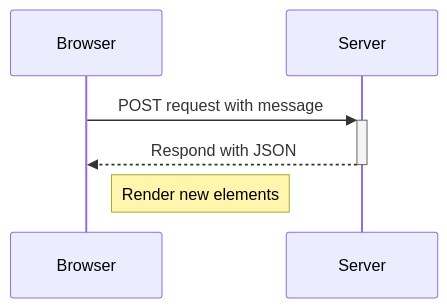
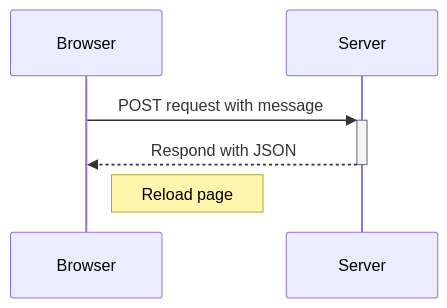
One commit to Atte-Oksanen/Full_stack_open changed the diagram in osa0/0.4.md. Above: the diagram before and after it, drawn with Mermaid. The commit also changed other lines of this file, not shown here.

````diff
--- a/osa0/0.4.md
+++ b/osa0/0.4.md
@@ -3,9 +3,9 @@
 ```mermaid
 sequenceDiagram
 participant Browser
 participant Server
     Browser->>+Server: POST request with message
     Server-->>-Browser: Respond with JSON
-    Note right of Browser: Render new elements
+    Note right of Browser: Reload page
     
 ```
````
